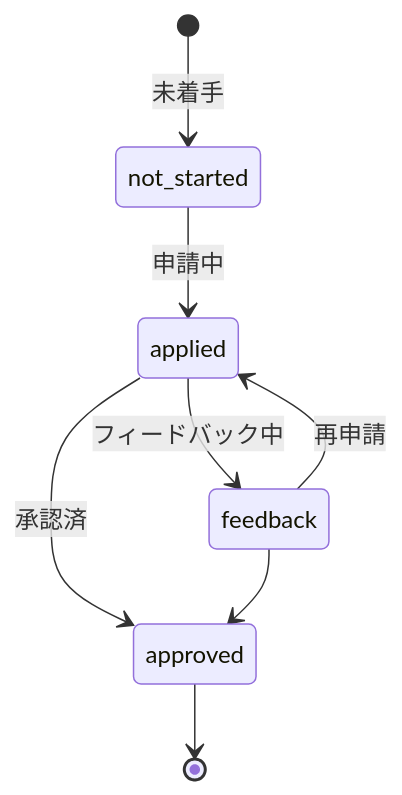
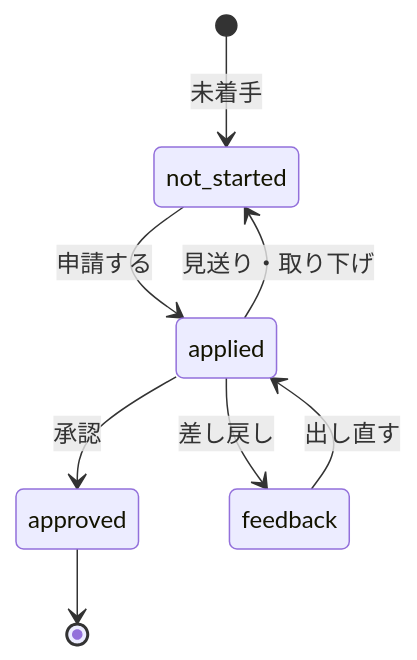
The sixth of 8 diagrams in docs/workflows.md (obertbt/keio-hockey-hub), drawn with Mermaid before and after one commit. The commit also changed other lines of this file and 32 other files, not shown here.

````diff
--- a/docs/workflows.md
+++ b/docs/workflows.md
@@ -137,10 +174,10 @@
 ```mermaid
 stateDiagram-v2
   [*] --> not_started: 未着手
-  not_started --> applied: 申請中
-  applied --> feedback: フィードバック中
-  applied --> approved: 承認済
-  feedback --> applied: 再申請
-  feedback --> approved
+  not_started --> applied: 申請する
+  applied --> approved: 承認
+  applied --> feedback: 差し戻し
+  applied --> not_started: 見送り・取り下げ
+  feedback --> applied: 出し直す
   approved --> [*]
 ```
````
